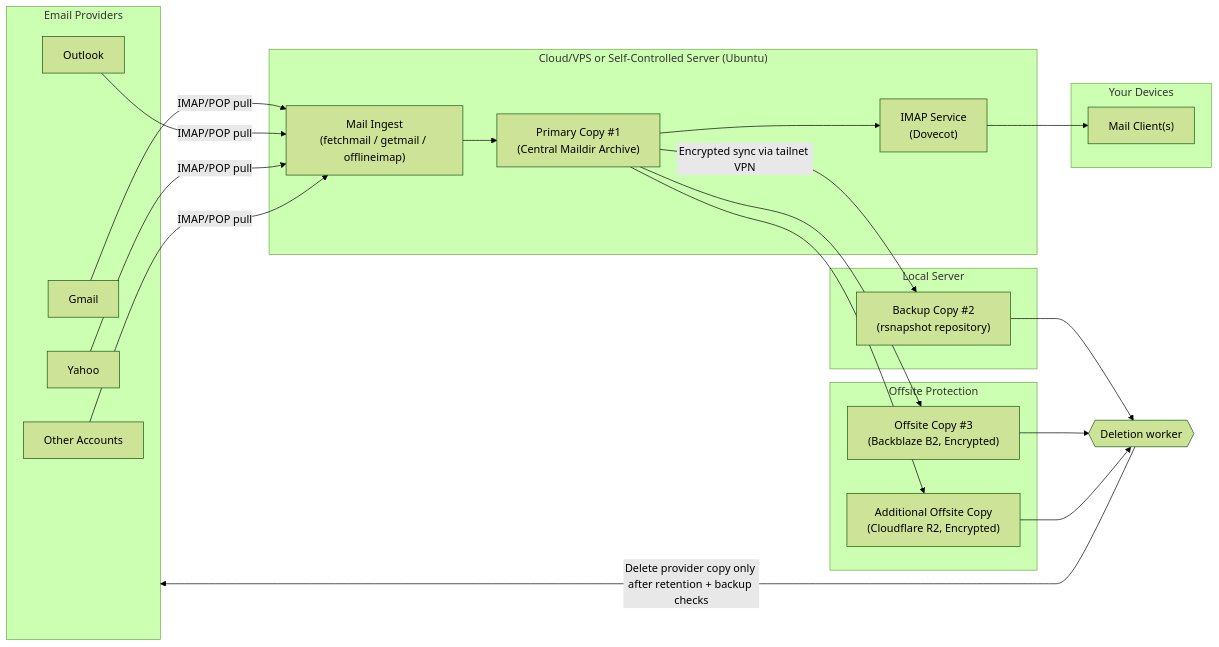
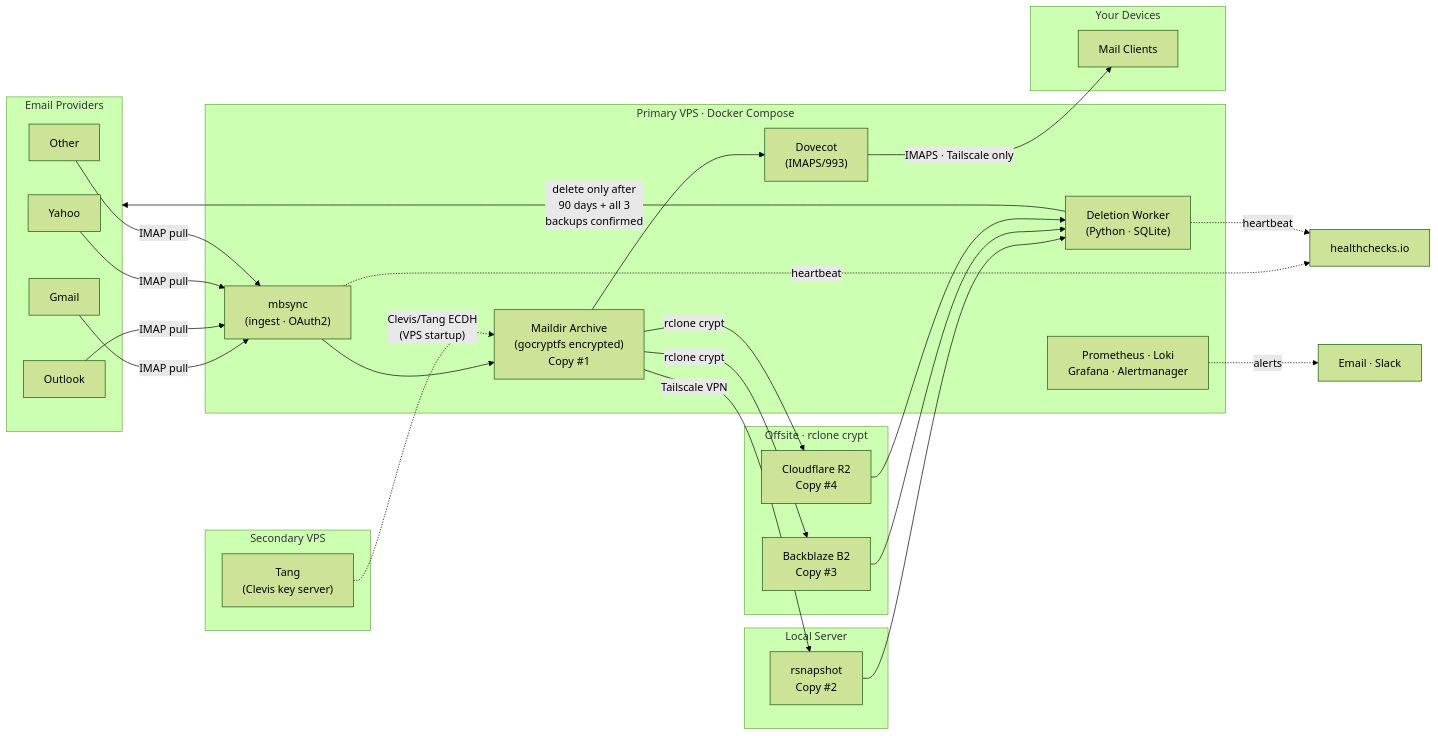
One commit to technotenshi/mailarchiver changed the diagram in docs/concept.md. Above: the diagram before and after it, drawn with Mermaid (forest theme). The commit also changed 2 other files, not shown here.

Commit message:
updated concept diagram

````diff
--- a/docs/concept.md
+++ b/docs/concept.md
@@ -1,45 +1,46 @@
 ```mermaid
 flowchart LR
     subgraph Providers[Email Providers]
-        G2[Gmail]
-        O2[Outlook]
-        Y2[Yahoo]
-        X2[Other Accounts]
+        G[Gmail]
+        O[Outlook]
+        Y[Yahoo]
+        X[Other]
     end
 
-    subgraph Server["Cloud/VPS or Self-Controlled Server (Ubuntu)"]
-        S1["Mail Ingest<br/>(fetchmail / getmail / offlineimap)"]
-        S2["Primary Copy #1<br/>(Central Maildir Archive)"]
-        S3["IMAP Service<br/>(Dovecot)"]
+    subgraph VPS["Primary VPS · Docker Compose"]
+        mbsync["mbsync\n(ingest · OAuth2)"]
+        maildir["Maildir Archive\n(gocryptfs encrypted)\nCopy #1"]
+        worker["Deletion Worker\n(Python · SQLite)"]
+        dovecot["Dovecot\n(IMAPS/993)"]
+        obs["Prometheus · Loki\nGrafana · Alertmanager"]
+    end
+
+    subgraph Tang["Secondary VPS"]
+        tang["Tang\n(Clevis key server)"]
     end
 
     subgraph Local["Local Server"]
-        S4["Backup Copy #2<br/>(rsnapshot repository)"]
+        snap["rsnapshot\nCopy #2"]
     end
 
-    subgraph Client[Your Devices]
-        C2["Mail Client(s)"]
+    subgraph Offsite["Offsite · rclone crypt"]
+        B2["Backblaze B2\nCopy #3"]
+        R2["Cloudflare R2\nCopy #4"]
     end
 
-    subgraph Offsite[Offsite Protection]
-        B2["Offsite Copy #3<br/>(Backblaze B2, Encrypted)"]
-        R2["Additional Offsite Copy<br/>(Cloudflare R2, Encrypted)"]
+    subgraph Clients["Your Devices"]
+        client["Mail Clients"]
     end
 
-    G2 -->|IMAP/POP pull| S1
-    O2 -->|IMAP/POP pull| S1
-    Y2 -->|IMAP/POP pull| S1
-    X2 -->|IMAP/POP pull| S1
-    S1 --> S2
-    S2 --> S3
-    S3 --> C2
-    S2 -->|Encrypted sync via tailnet VPN| S4
-    S2 --> B2
-    S2 --> R2
-
-    Q{{Deletion worker}}
-    S4 --> Q
-    B2 --> Q
-    R2 --> Q
-    Q -->|Delete provider copy only after retention + backup checks| Providers
+    G & O & Y & X -->|"IMAP pull"| mbsync
+    mbsync --> maildir
+    tang -. "Clevis/Tang ECDH\n(VPS startup)" .-> maildir
+    maildir --> dovecot
+    dovecot -->|"IMAPS · Tailscale only"| client
+    maildir -->|"Tailscale VPN"| snap
+    maildir -->|"rclone crypt"| B2 & R2
+    snap & B2 & R2 --> worker
+    worker -->|"delete only after\n90 days + all 3\nbackups confirmed"| Providers
+    mbsync & worker -. "heartbeat" .-> hc["healthchecks.io"]
+    obs -. "alerts" .-> notify["Email · Slack"]
 ```
````
